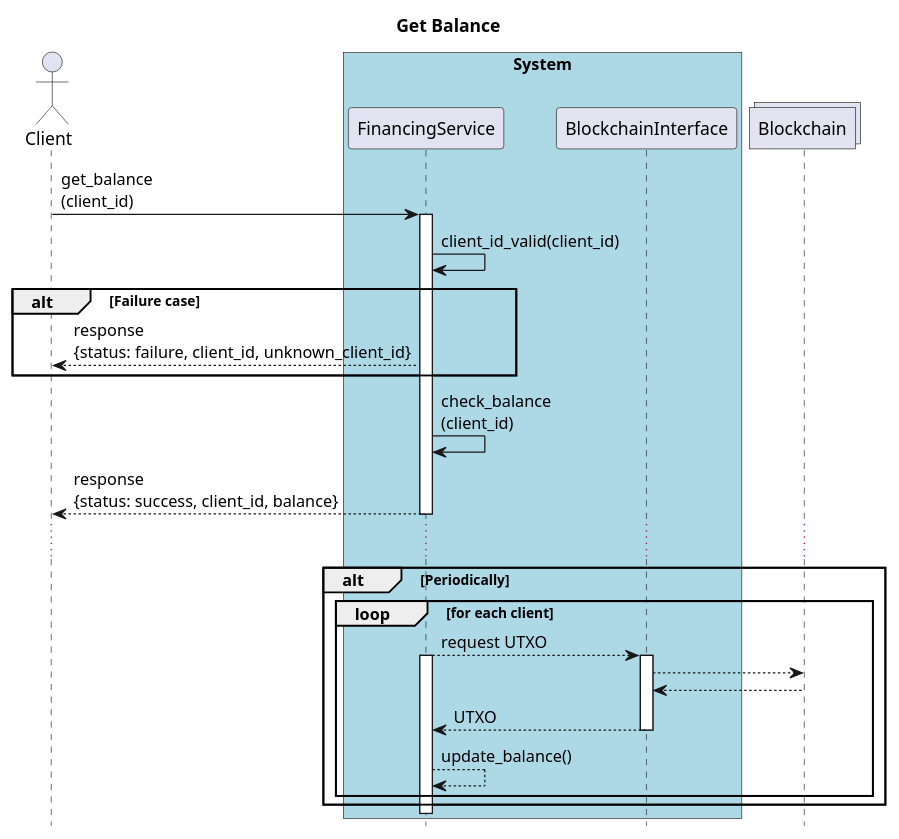
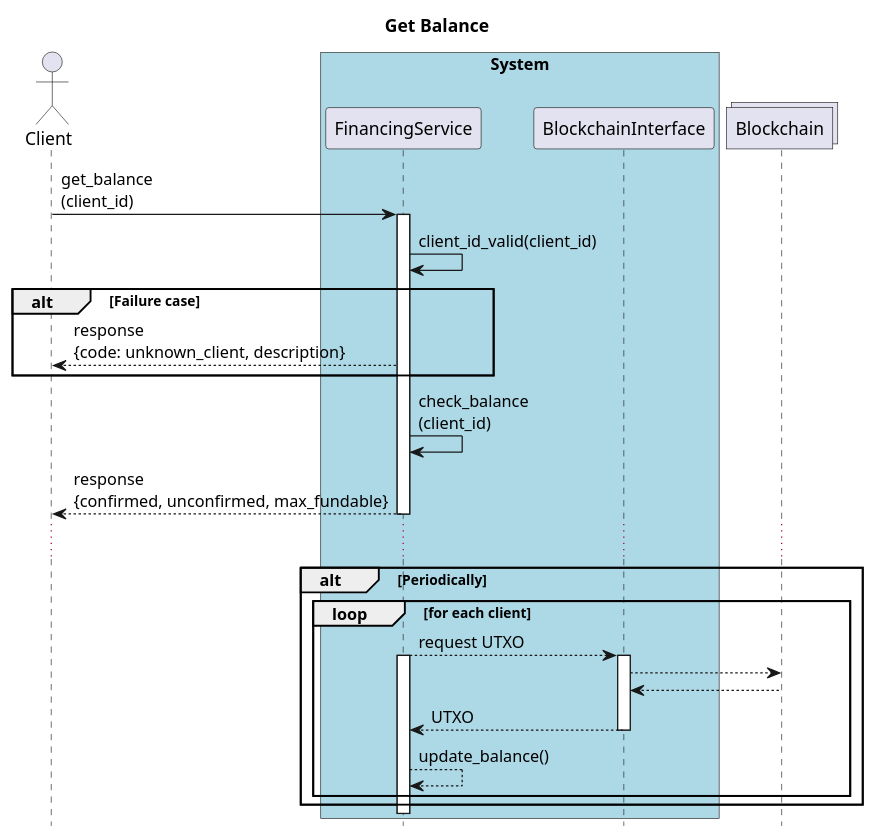
Before and after one commit to nchain-innovation/financing-service: the diagram in docs/diagrams/get-balance.puml, drawn with PlantUML. The commit also changed 22 other files, not shown here.

```diff
--- a/docs/diagrams/get-balance.puml
+++ b/docs/diagrams/get-balance.puml
@@ -1,44 +1,44 @@
 @startuml
 title Get Balance
 hide footbox
 actor Client as A
 box "System" #lightblue
 
     participant FinancingService as FS
     participant BlockchainInterface as BS
 end box
 
 Collections Blockchain
 
 
 A -> FS: get_balance\n(client_id)
 activate FS
 FS -> FS: client_id_valid(client_id)
 alt Failure case
-    FS --> A: response\n{status: failure, client_id, unknown_client_id}
+    FS --> A: response\n{code: unknown_client, description}
 end
 
 FS -> FS: check_balance\n(client_id)
-FS --> A: response\n{status: success, client_id, balance}
+FS --> A: response\n{confirmed, unconfirmed, max_fundable}
 deactivate FS
 ...
 
 
 alt Periodically
     'activate FS
     loop for each client
         FS --> BS: request UTXO
         activate FS
         activate BS
         BS --> Blockchain
         Blockchain --> BS
         BS --> FS: UTXO
         deactivate BS
 
         FS --> FS: update_balance()
     end
 
 end
 deactivate FS
 
 @enduml
```
